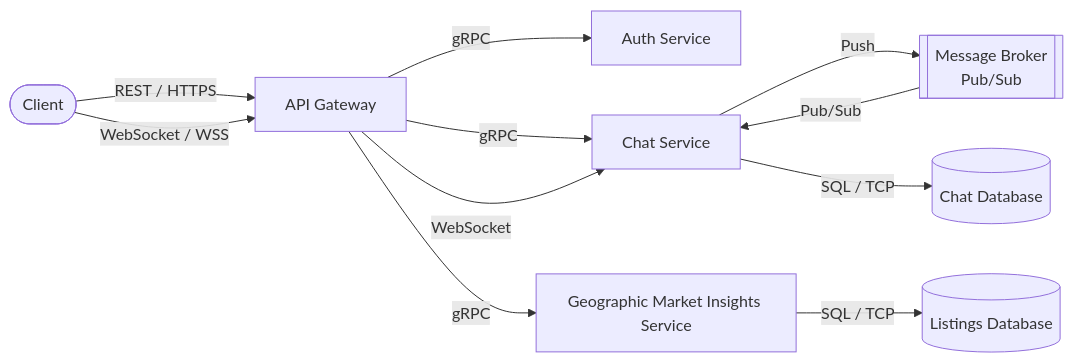
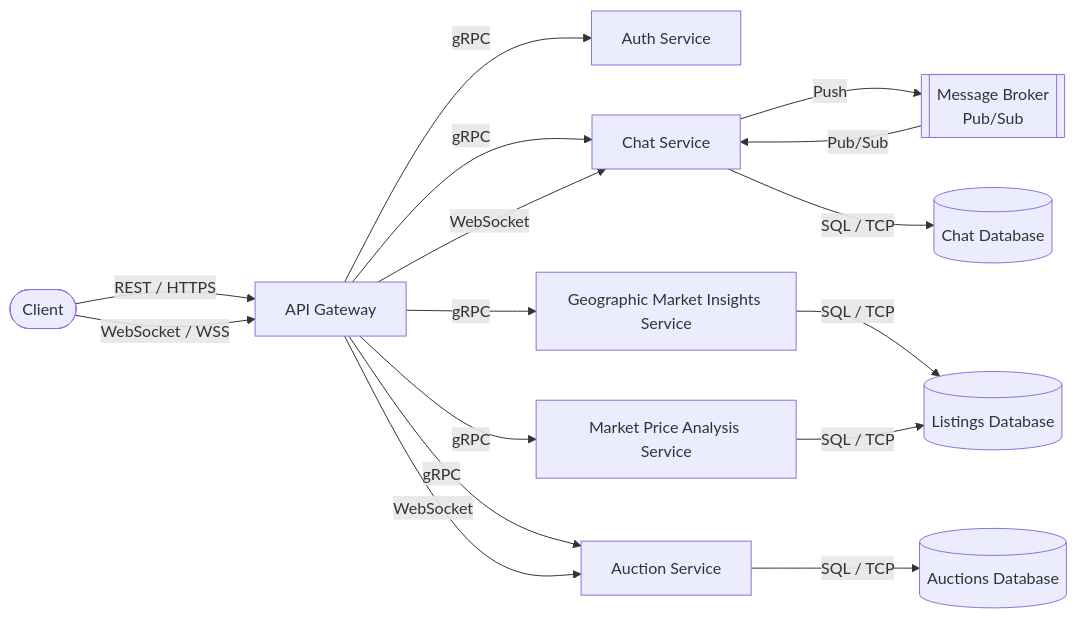
The diagram in docs/phase-3.md (cheestree/kloud-motors), drawn with Mermaid before and after one commit. The commit also changed other lines of this file, not shown here.

````diff
--- a/docs/phase-3.md
+++ b/docs/phase-3.md
@@ -57,22 +97,43 @@
 ```mermaid
 graph LR
     CLIENT([Client])
     API[API Gateway]
+
     AUTH[Auth Service]
+    
     CHAT[Chat Service]
     CHAT_DB[(Chat Database)]
     MESSAGE_BROKER[[Message Broker<br/>Pub/Sub]]
+    
     GEO_MARKET[Geographic Market Insights Service]
+    
+    MARKET_PRICE[Market Price Analysis Service]
+    
+    AUCTION[Auction Service]
+    AUCTION_DB[(Auctions Database)]
+
     DB[(Listings Database)]
 
     CLIENT -- REST / HTTPS --> API
     CLIENT -- WebSocket / WSS --> API
+
     API -- gRPC --> AUTH
+
     API -- gRPC --> CHAT
     API -- WebSocket --> CHAT
+
     API -- gRPC --> GEO_MARKET
+    API -- gRPC --> MARKET_PRICE
+    
+    API -- gRPC --> AUCTION
+    API -- WebSocket --> AUCTION
+
     MESSAGE_BROKER -- Pub/Sub --> CHAT
     CHAT -- Push --> MESSAGE_BROKER
+
     GEO_MARKET -- SQL / TCP --> DB
+    MARKET_PRICE -- SQL / TCP --> DB
+
     CHAT -- SQL / TCP --> CHAT_DB
+    AUCTION -- SQL / TCP --> AUCTION_DB
 ```
````
